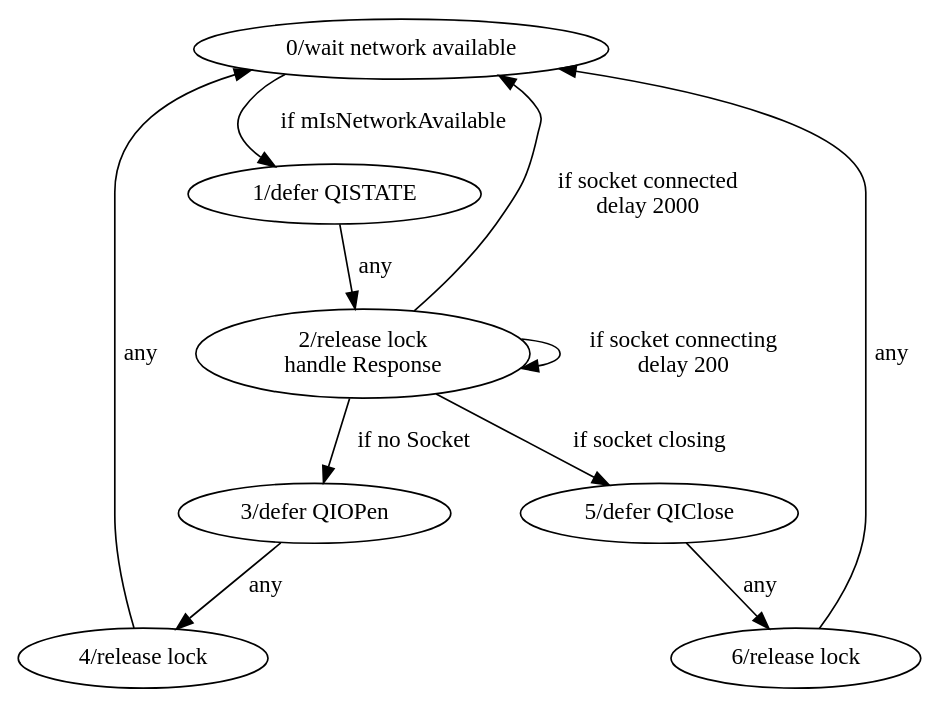
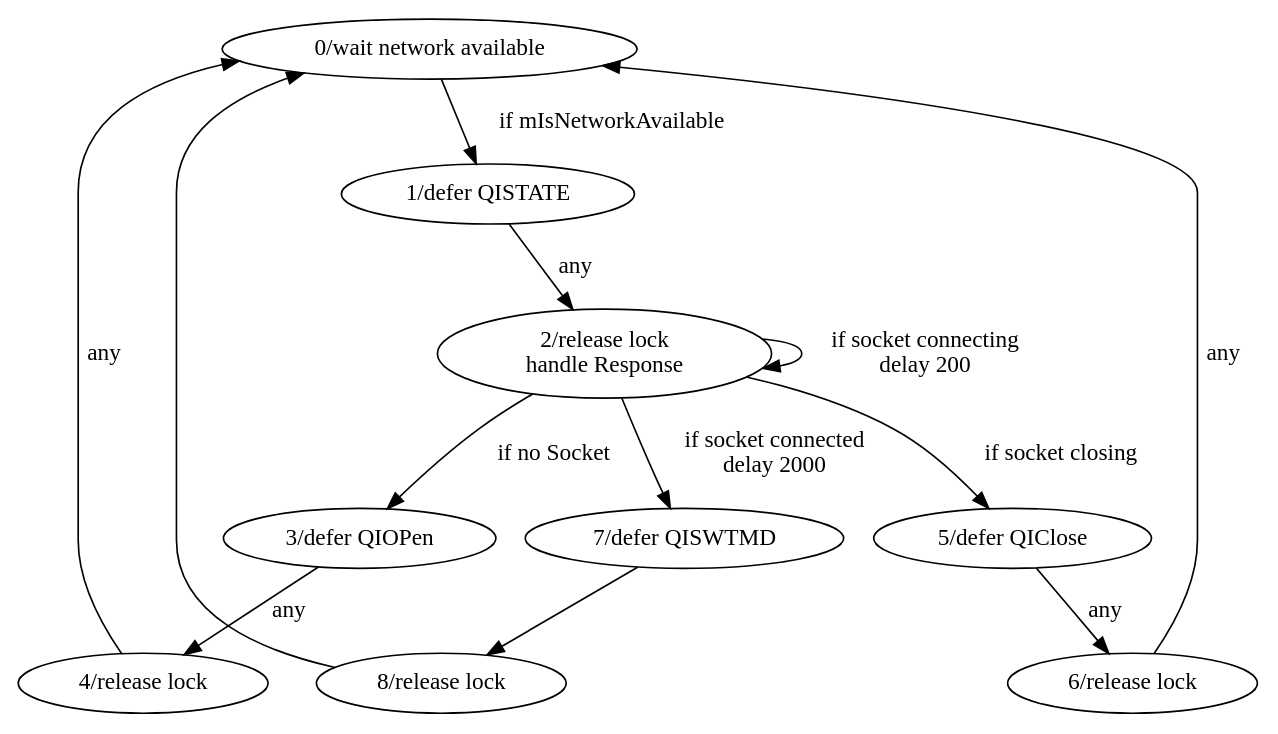
One commit to CNLHC/SSB-Web changed the diagram in hardware/main/socket.dot. Above: the diagram before and after it, drawn with Graphviz. The commit also changed 12 other files, not shown here.

```diff
--- a/hardware/main/socket.dot
+++ b/hardware/main/socket.dot
@@ -1,22 +1,29 @@
 digraph G {
     a[label="0/wait network available"]
     b[label="1/defer QISTATE"]
     c[label="2/release lock \n handle Response"]
     d[label="3/defer QIOPen"]
     e[label="4/release lock"]
     f[label="5/defer QIClose"]
     g[label="6/release lock"]
 
+    i[label="7/defer QISWTMD"]
+    j[label="8/release lock"]
+
     c->c[label=" if socket connecting\n delay 200"]
-    c->a[label=" if socket connected\n delay 2000"]
+
+    c->i[label=" if socket connected\n delay 2000"]
+    i->j
+    j->a
+
     c->f[label=" if socket closing "]
     f->g[label=" any"]
     g->a[label=" any"]
 
 
     a->b[label="  if mIsNetworkAvailable"]
     b->c[label=" any"]
     c->d[label=" if no Socket"]
     d->e[label=" any"]
     e->a[label=" any"]
 }
```
